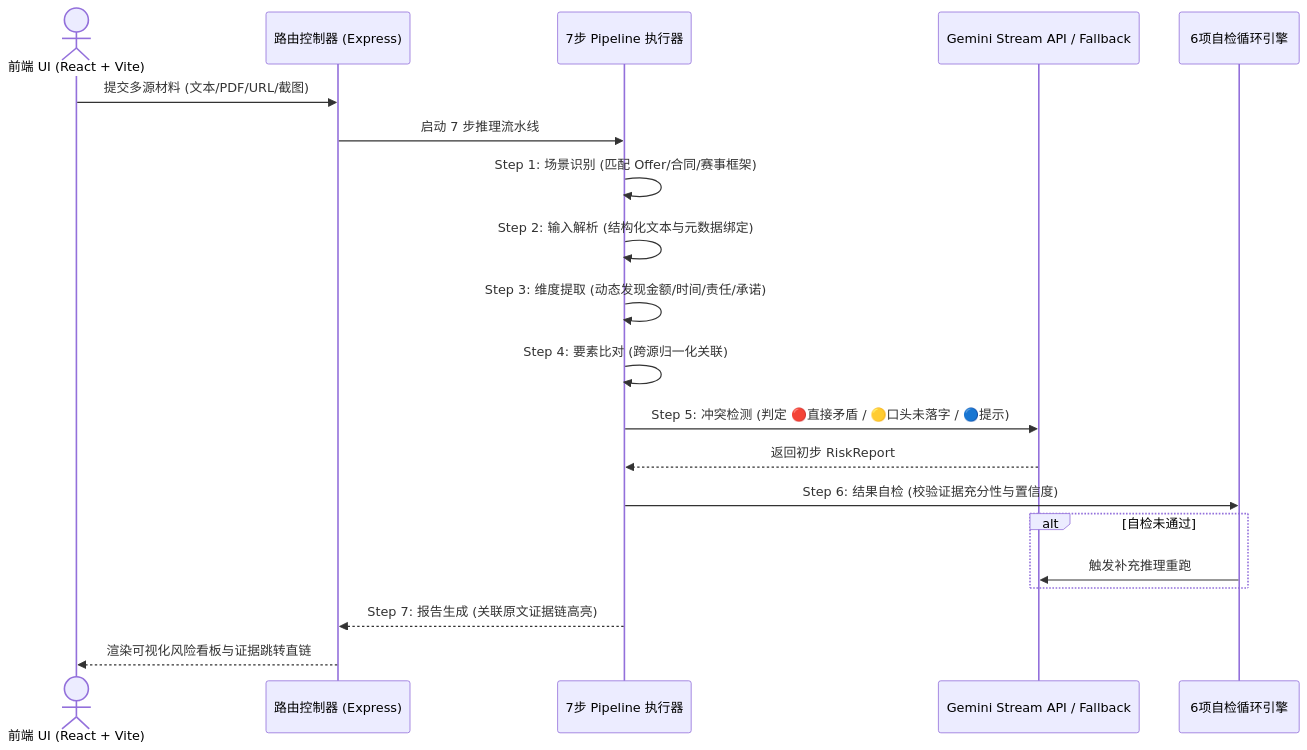
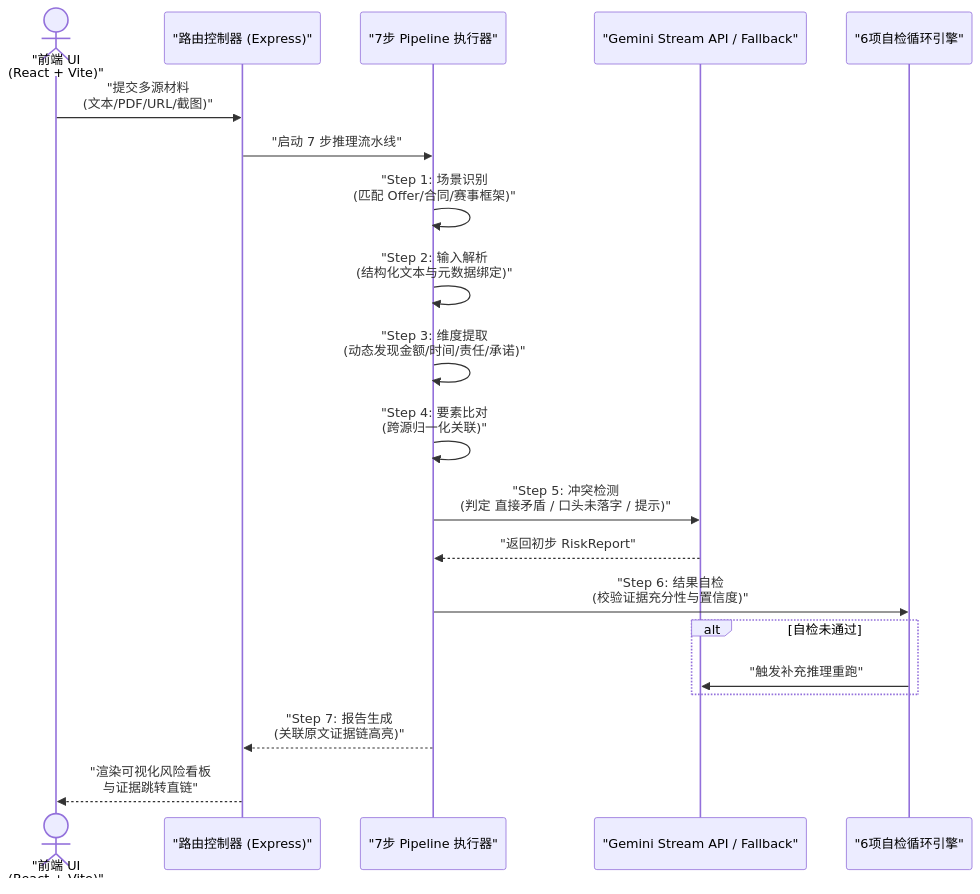
The second of 3 diagrams in README.md (MeiSiristhebest/youju), drawn with Mermaid before and after one commit. The commit also changed other lines of this file and 1 other file, not shown here.

Commit message:
docs(readme): optimize zh + en; fix Mermaid (emoji→text, quotes), badges, add Security & Contributing, expected outputs

````diff
--- a/README.md
+++ b/README.md
@@ -73,23 +73,23 @@
 ```mermaid
 sequenceDiagram
-    actor Client as 前端 UI (React + Vite)
-    participant Server as 路由控制器 (Express)
-    participant Pipeline as 7步 Pipeline 执行器
-    participant Gemini as Gemini Stream API / Fallback
-    participant Verifier as 6项自检循环引擎
+    actor Client as "前端 UI<br/>(React + Vite)"
+    participant Server as "路由控制器 (Express)"
+    participant Pipeline as "7步 Pipeline 执行器"
+    participant Gemini as "Gemini Stream API / Fallback"
+    participant Verifier as "6项自检循环引擎"
 
-    Client->>Server: 提交多源材料 (文本/PDF/URL/截图)
-    Server->>Pipeline: 启动 7 步推理流水线
-    Pipeline->>Pipeline: Step 1: 场景识别 (匹配 Offer/合同/赛事框架)
-    Pipeline->>Pipeline: Step 2: 输入解析 (结构化文本与元数据绑定)
-    Pipeline->>Pipeline: Step 3: 维度提取 (动态发现金额/时间/责任/承诺)
-    Pipeline->>Pipeline: Step 4: 要素比对 (跨源归一化关联)
-    Pipeline->>Gemini: Step 5: 冲突检测 (判定 🔴直接矛盾 / 🟡口头未落字 / 🔵提示)
-    Gemini-->>Pipeline: 返回初步 RiskReport
-    Pipeline->>Verifier: Step 6: 结果自检 (校验证据充分性与置信度)
+    Client->>Server: "提交多源材料<br/>(文本/PDF/URL/截图)"
+    Server->>Pipeline: "启动 7 步推理流水线"
+    Pipeline->>Pipeline: "Step 1: 场景识别<br/>(匹配 Offer/合同/赛事框架)"
+    Pipeline->>Pipeline: "Step 2: 输入解析<br/>(结构化文本与元数据绑定)"
+    Pipeline->>Pipeline: "Step 3: 维度提取<br/>(动态发现金额/时间/责任/承诺)"
+    Pipeline->>Pipeline: "Step 4: 要素比对<br/>(跨源归一化关联)"
+    Pipeline->>Gemini: "Step 5: 冲突检测<br/>(判定 直接矛盾 / 口头未落字 / 提示)"
+    Gemini-->>Pipeline: "返回初步 RiskReport"
+    Pipeline->>Verifier: "Step 6: 结果自检<br/>(校验证据充分性与置信度)"
     alt 自检未通过
-        Verifier->>Gemini: 触发补充推理重跑
+        Verifier->>Gemini: "触发补充推理重跑"
     end
-    Pipeline-->>Server: Step 7: 报告生成 (关联原文证据链高亮)
-    Server-->>Client: 渲染可视化风险看板与证据跳转直链
+    Pipeline-->>Server: "Step 7: 报告生成<br/>(关联原文证据链高亮)"
+    Server-->>Client: "渲染可视化风险看板<br/>与证据跳转直链"
 ```
````
